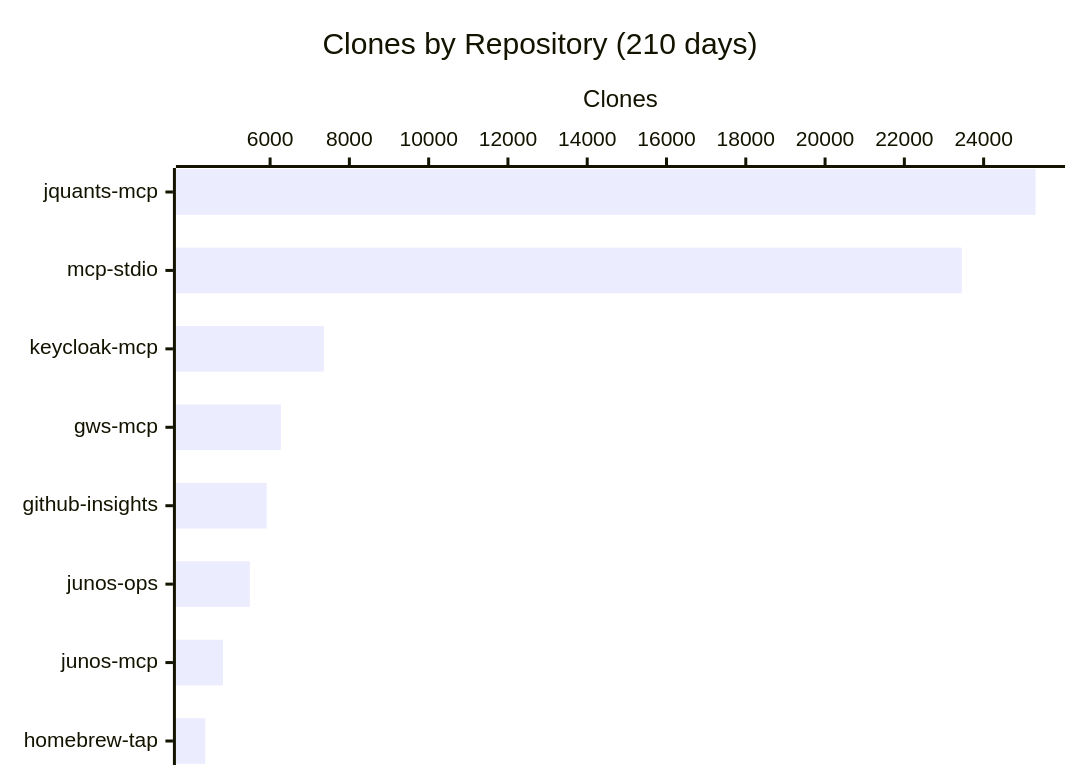
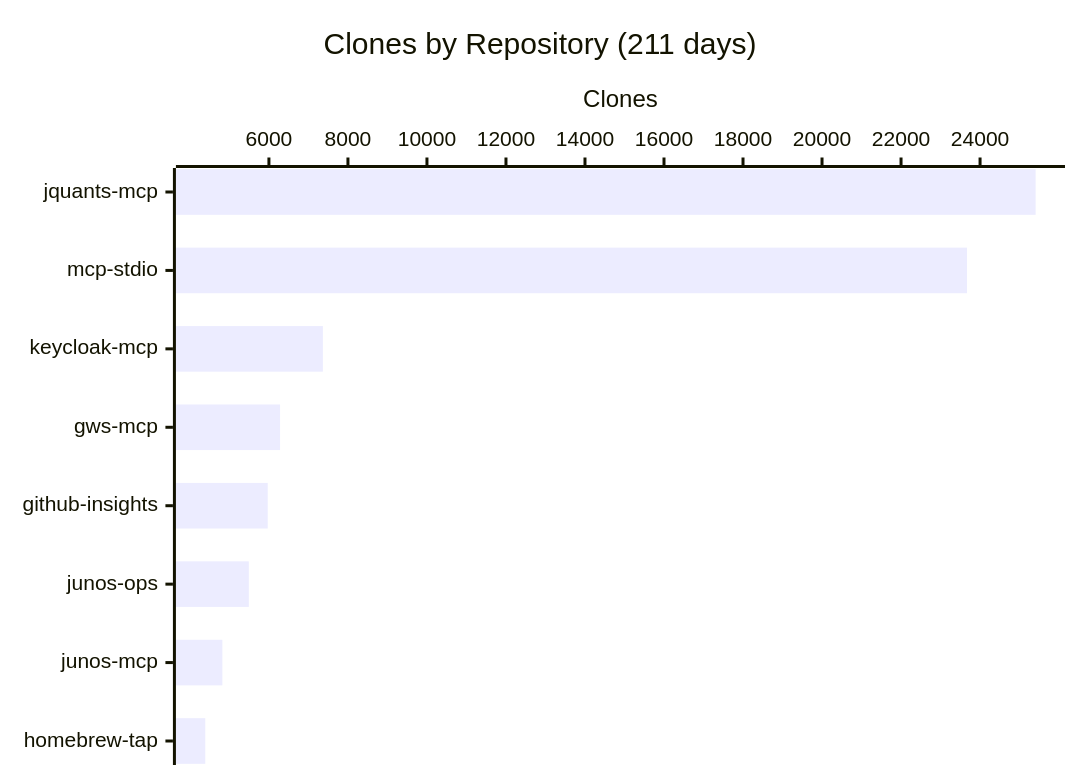
One commit to shigechika/github-insights changed the fourth of 4 diagrams in README.md. Above: the diagram before and after it, drawn with Mermaid. The commit also changed other lines of this file and 2 other files, not shown here.

````diff
--- a/README.md
+++ b/README.md
@@ -58,7 +58,7 @@
 ```mermaid
 xychart-beta horizontal
-    title "Clones by Repository (210 days)"
+    title "Clones by Repository (211 days)"
     x-axis ["jquants-mcp", "mcp-stdio", "keycloak-mcp", "gws-mcp", "github-insights", "junos-ops", "junos-mcp", "homebrew-tap"]
     y-axis "Clones"
-    bar [25312, 23451, 7358, 6273, 5915, 5490, 4813, 4365]
+    bar [25407, 23670, 7366, 6282, 5969, 5491, 4822, 4389]
 ```
````
